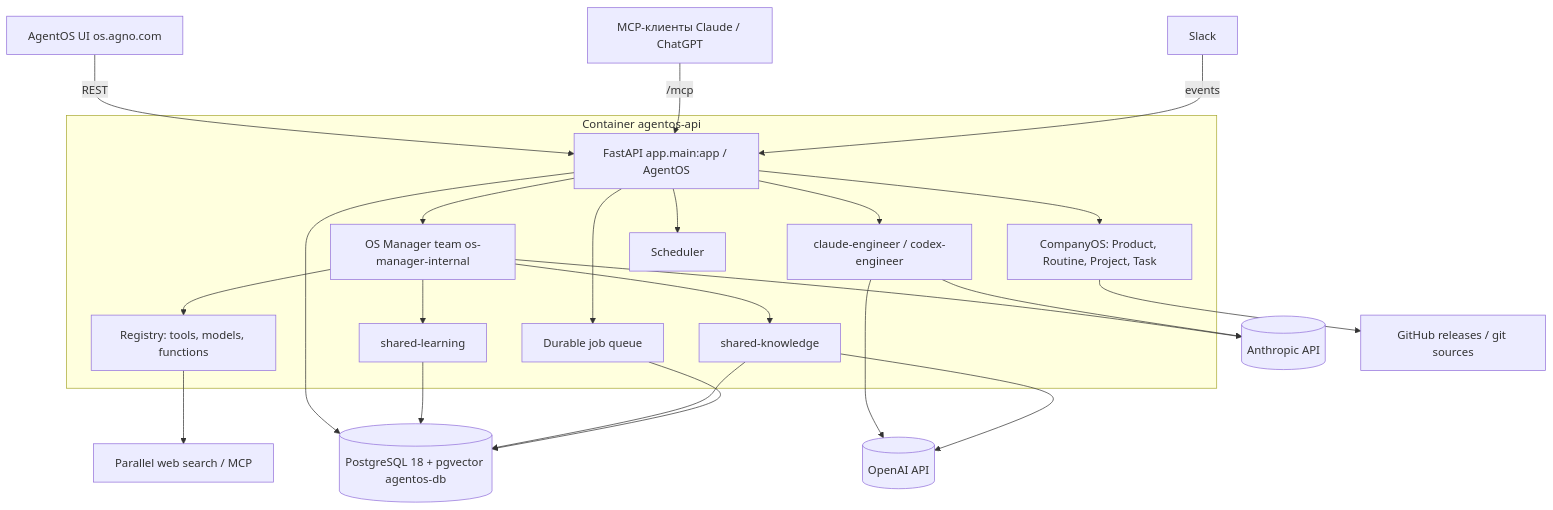
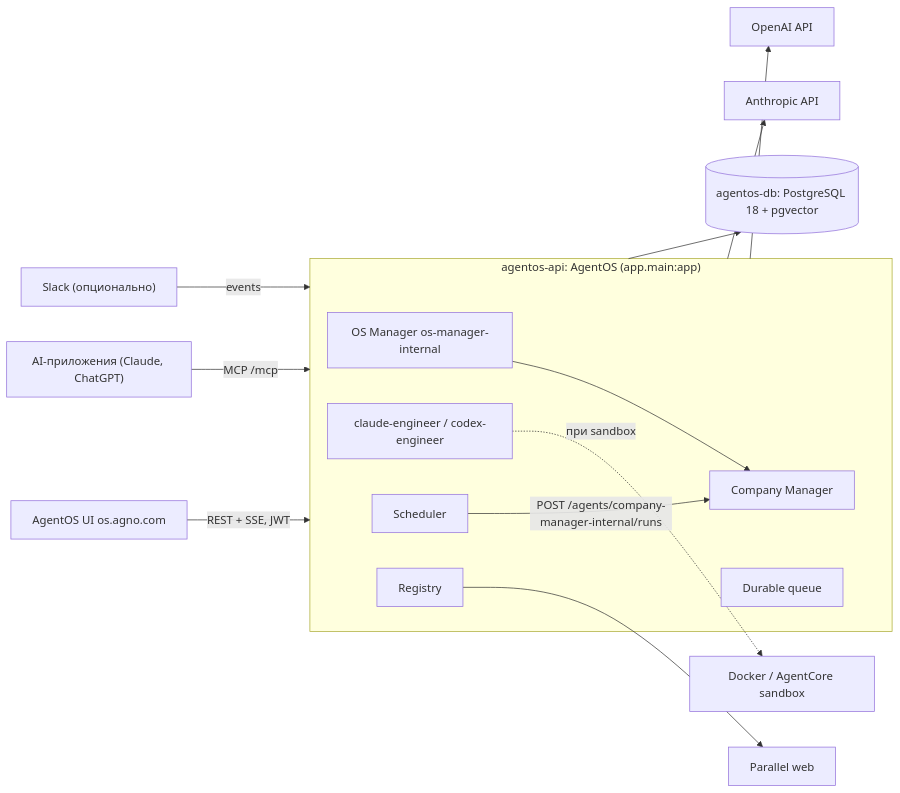
Before and after one commit to lehard/Authorled: the diagram in openspec/specs/architecture/spec.md, drawn with Mermaid. The commit also changed other lines of this file and 22 other files, not shown here.

````diff
--- a/openspec/specs/architecture/spec.md
+++ b/openspec/specs/architecture/spec.md
@@ -6,27 +6,21 @@
 ```mermaid
-graph TD
-    UI[AgentOS UI os.agno.com] -->|REST| API
-    MCPClient[MCP-клиенты Claude / ChatGPT] -->|/mcp| API
-    Slack[Slack] -->|events| API
-    subgraph Container agentos-api
-        API[FastAPI app.main:app / AgentOS]
-        API --> Manager[OS Manager team os-manager-internal]
-        API --> Engineers[claude-engineer / codex-engineer]
-        API --> Company[CompanyOS: Product, Routine, Project, Task]
-        API --> Sched[Scheduler]
-        API --> Queue[Durable job queue]
-        Manager --> Registry[Registry: tools, models, functions]
-        Manager --> Learning[shared-learning]
-        Manager --> Knowledge[shared-knowledge]
+graph LR
+    UI["AgentOS UI os.agno.com"] -->|REST + SSE, JWT| API
+    AIApps["AI-приложения (Claude, ChatGPT)"] -->|MCP /mcp| API
+    Slack["Slack (опционально)"] -->|events| API
+    subgraph API["agentos-api: AgentOS (app.main:app)"]
+        OSM["OS Manager os-manager-internal"]
+        CM["Company Manager"]
+        ENG["claude-engineer / codex-engineer"]
+        SCH["Scheduler"]
+        Q["Durable queue"]
+        REG["Registry"]
     end
-    Registry --> Parallel[Parallel web search / MCP]
-    Manager --> Anthropic[(Anthropic API)]
-    Engineers --> Anthropic
-    Engineers --> OpenAI[(OpenAI API)]
-    Knowledge --> OpenAI
-    API --> DB[(PostgreSQL 18 + pgvector agentos-db)]
-    Learning --> DB
-    Knowledge --> DB
-    Queue --> DB
-    Company --> Releases[GitHub releases / git sources]
+    OSM --> CM
+    SCH -->|POST /agents/company-manager-internal/runs| CM
+    API --> DB[("agentos-db: PostgreSQL 18 + pgvector")]
+    ENG -.->|при sandbox| SBX["Docker / AgentCore sandbox"]
+    API --> Anthropic["Anthropic API"]
+    API --> OpenAI["OpenAI API"]
+    REG --> Parallel["Parallel web"]
 ```
````
